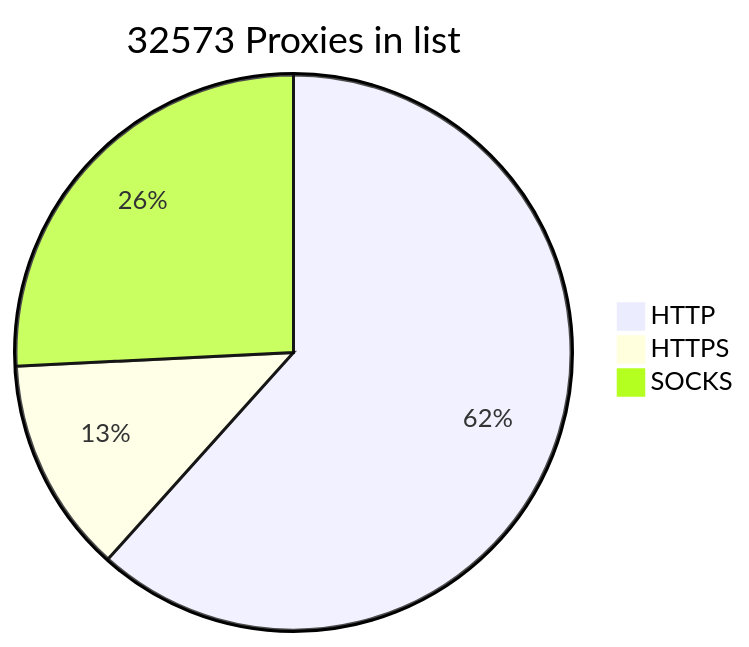
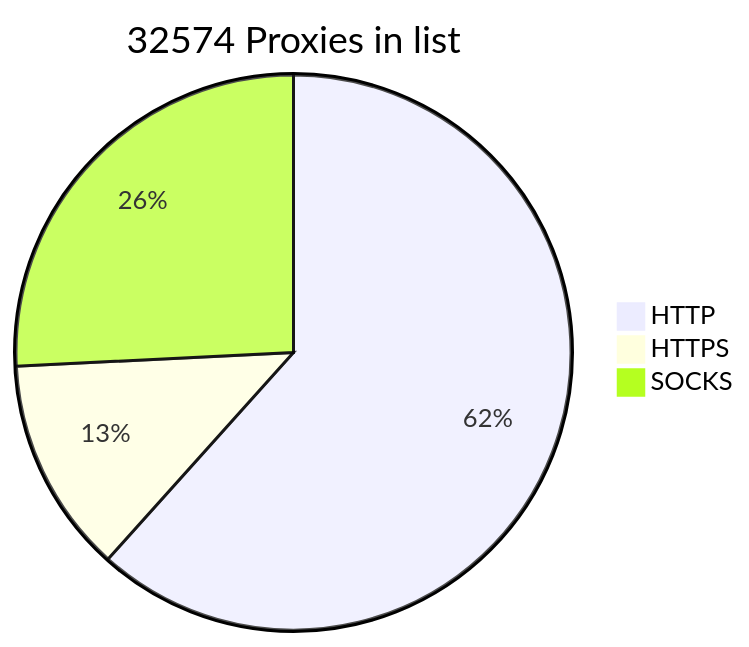
Before and after one commit to BlackSnowDot/proxylist-update-every-minute: the diagram in README.md, drawn with Mermaid.

````diff
--- a/README.md
+++ b/README.md
@@ -2,6 +2,6 @@
 ```mermaid
-pie title 32573 Proxies in list
+pie title 32574 Proxies in list
     "HTTP" : 22165
-    "HTTPS": 4519
+    "HTTPS": 4521
     "SOCKS" : 9271
 ```
````
